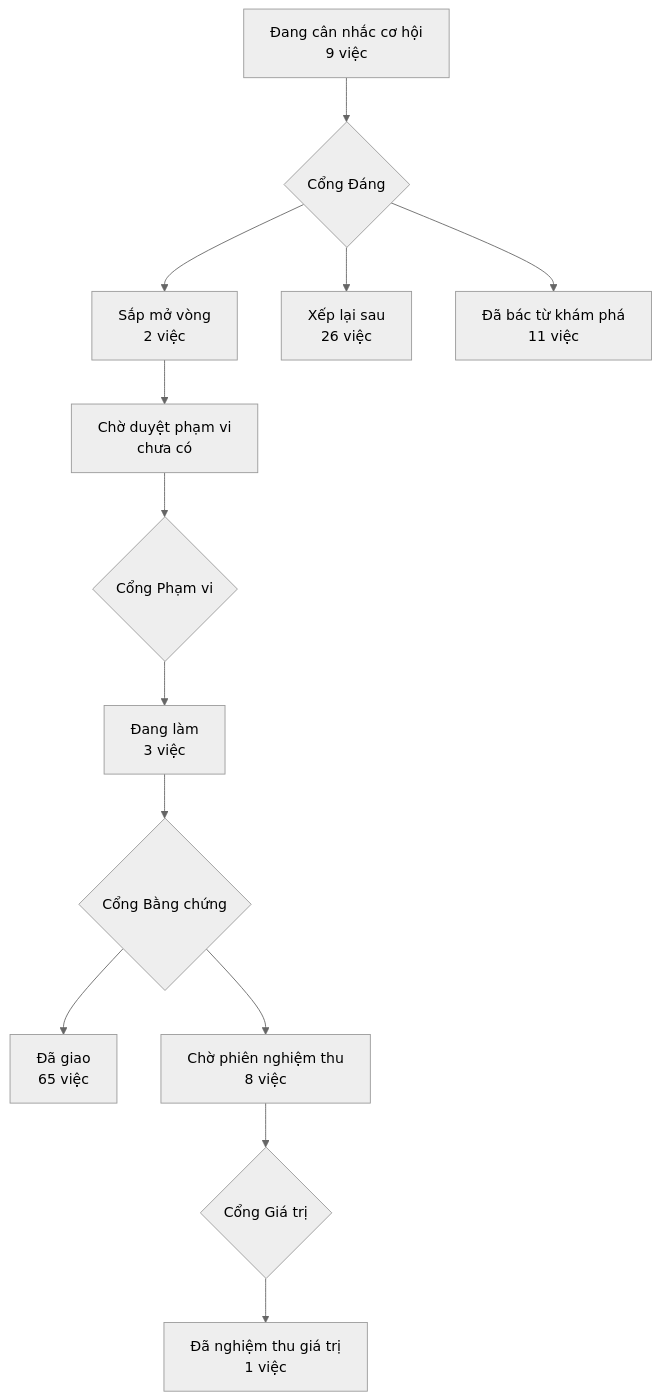
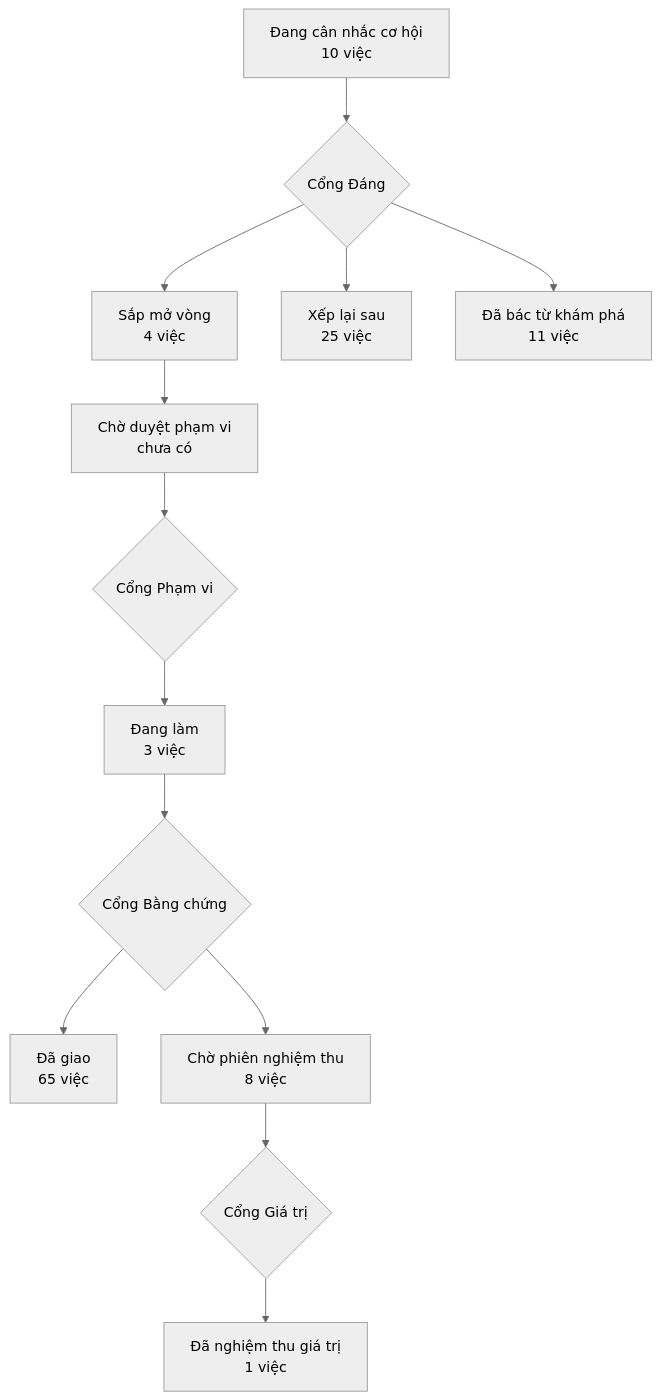
The diagram in PRODUCT-MAP.md (phanlemanh/acceptance-gate-kit), drawn with Mermaid (neutral theme) before and after one commit. The commit also changed other lines of this file and 5 other files, not shown here.

````diff
--- a/PRODUCT-MAP.md
+++ b/PRODUCT-MAP.md
@@ -6,12 +6,12 @@
 ```mermaid
 flowchart TD
-  A["Đang cân nhắc cơ hội<br/>9 việc"] --> GD{"Cổng Đáng"}
-  GD --> B["Sắp mở vòng<br/>2 việc"]
-  GD --> XL["Xếp lại sau<br/>26 việc"]
+  A["Đang cân nhắc cơ hội<br/>10 việc"] --> GD{"Cổng Đáng"}
+  GD --> B["Sắp mở vòng<br/>4 việc"]
+  GD --> XL["Xếp lại sau<br/>25 việc"]
   GD --> DB["Đã bác từ khám phá<br/>11 việc"]
   B --> CD["Chờ duyệt phạm vi<br/>chưa có"] --> GP{"Cổng Phạm vi"}
   GP --> DL["Đang làm<br/>3 việc"] --> GB{"Cổng Bằng chứng"}
   GB --> DG["Đã giao<br/>65 việc"]
   GB --> CN["Chờ phiên nghiệm thu<br/>8 việc"] --> GG{"Cổng Giá trị"}
   GG --> NT["Đã nghiệm thu giá trị<br/>1 việc"]
 ```
````
